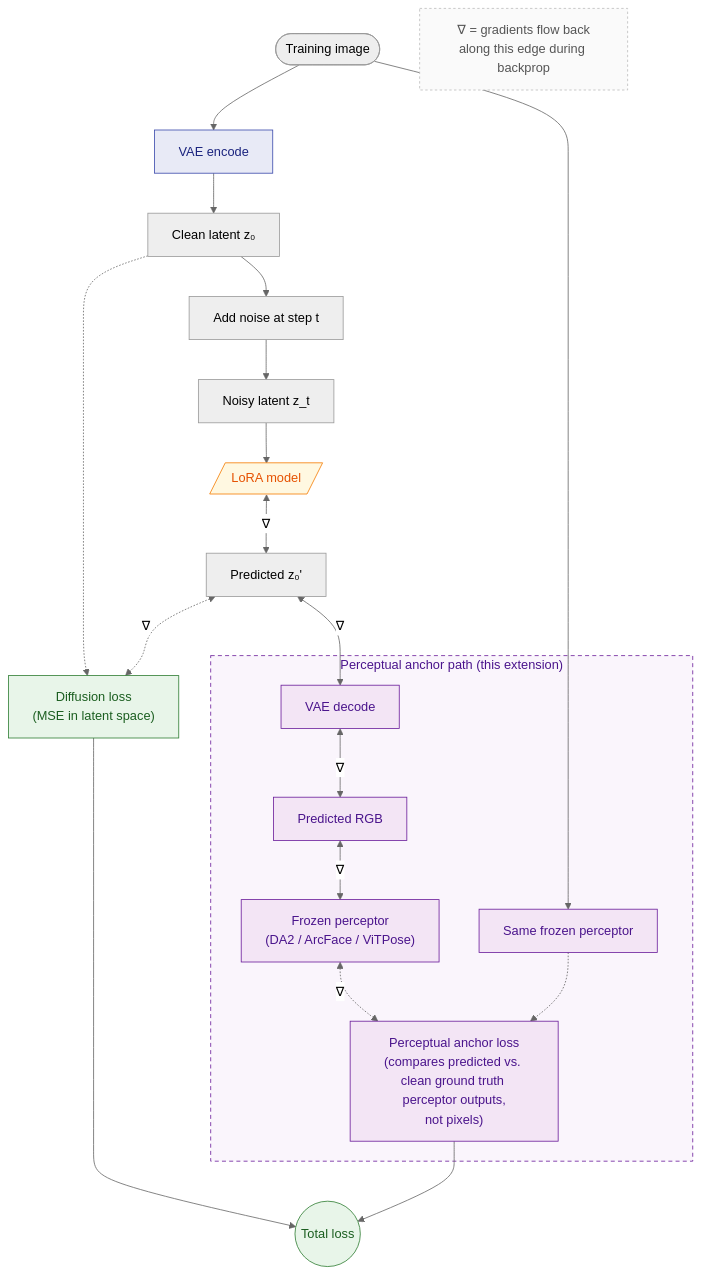
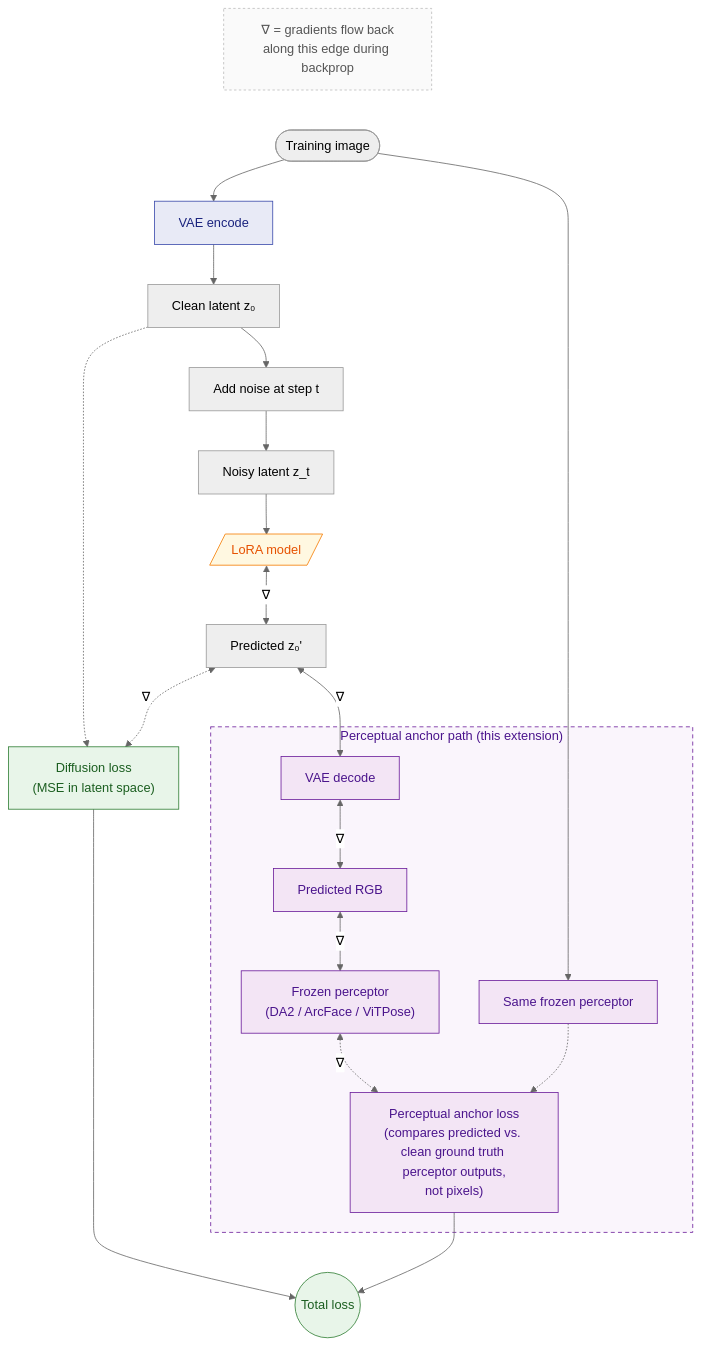
The diagram in README.md (BuffaloBuffaloBuffaloBuffalo/ai-toolkit-perceptual), drawn with Mermaid (neutral theme) before and after one commit.

Commit message:
README: anchor the ∇ note to top-left via invisible link to GT

````diff
--- a/README.md
+++ b/README.md
@@ -27,46 +27,46 @@
 ```mermaid
 flowchart TD
+    LegendNote["∇ = gradients flow back<br/>along this edge during backprop"]
     GT([Training image])
+    LegendNote ~~~ GT
     GT --> Encode[VAE encode]
     Encode --> Z0[Clean latent z₀]
     Z0 --> Noise[Add noise at step t]
     Noise --> Zt[Noisy latent z_t]
     Zt --> Model[/LoRA model/]
     Model <-->|∇| Zhat[Predicted z₀']
 
     Z0 -.-> Diff["Diffusion loss<br/>(MSE in latent space)"]
     Zhat <-.->|∇| Diff
 
     subgraph Perceptual["Perceptual anchor path (this extension)"]
         Decode[VAE decode]
         RGBp[Predicted RGB]
         Pp["Frozen perceptor<br/>(DA2 / ArcFace / ViTPose)"]
         Pg[Same frozen perceptor]
         Anchor["Perceptual anchor loss<br/>(compares predicted vs. clean ground truth perceptor outputs,<br/>not pixels)"]
     end
 
     Zhat <-->|∇| Decode
     Decode <-->|∇| RGBp
     RGBp <-->|∇| Pp
     GT --> Pg
     Pp <-.->|∇| Anchor
     Pg -.-> Anchor
 
     Diff --> Total((Total loss))
     Anchor --> Total
 
-    LegendNote["∇ = gradients flow back<br/>along this edge during backprop"]
-
     classDef frozen fill:#e8eaf6,stroke:#3949ab,color:#1a237e
     classDef trainable fill:#fff8e1,stroke:#f57c00,color:#e65100
     classDef loss fill:#e8f5e9,stroke:#2e7d32,color:#1b5e20
     classDef anchor fill:#f3e5f5,stroke:#6a1b9a,color:#4a148c
     classDef legendNode fill:#fafafa,stroke:#bbb,color:#555,stroke-dasharray:3 3
 
     class Encode frozen
     class Model trainable
     class Diff,Total loss
     class Decode,RGBp,Pp,Pg,Anchor anchor
     class LegendNote legendNode
     style Perceptual fill:#faf5fc,stroke:#6a1b9a,stroke-dasharray:5 4,color:#4a148c
 ```
````
